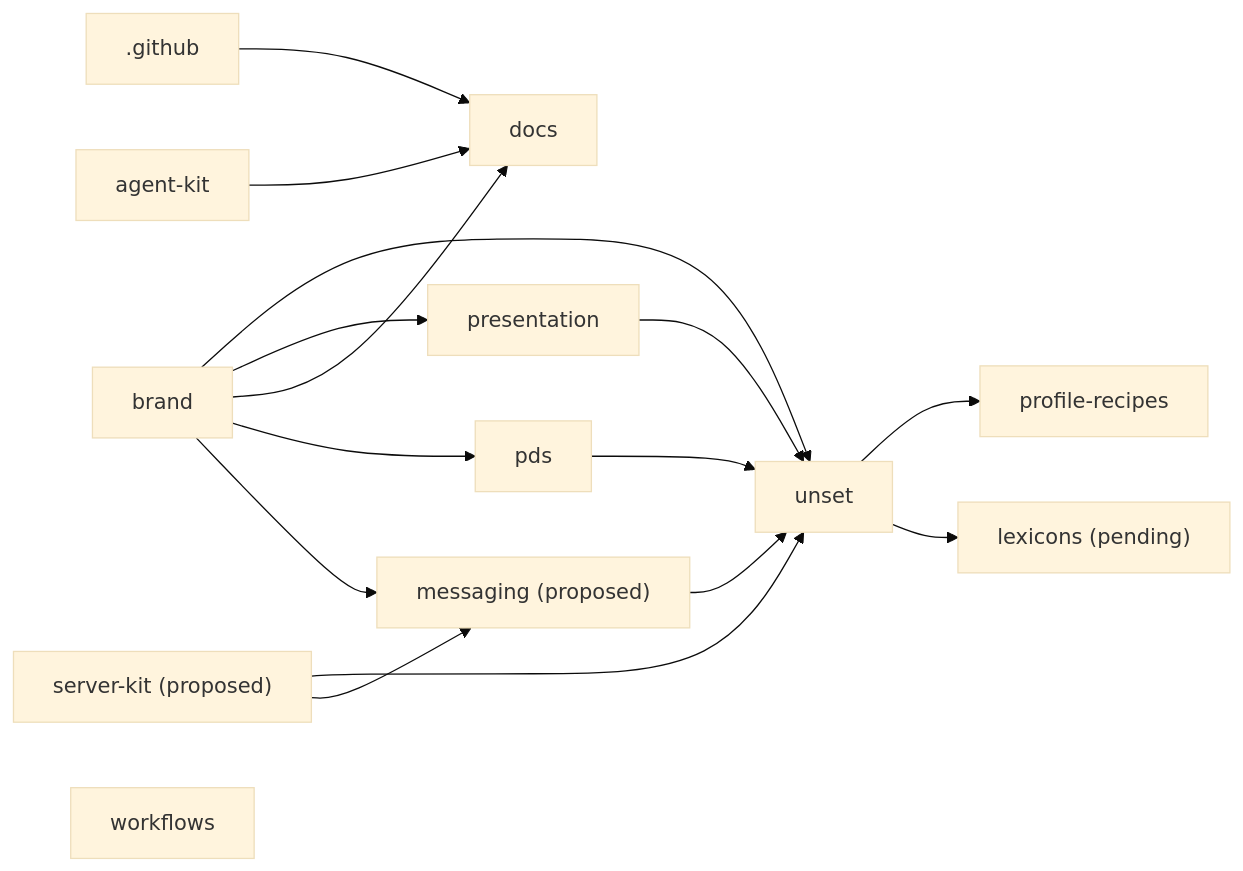
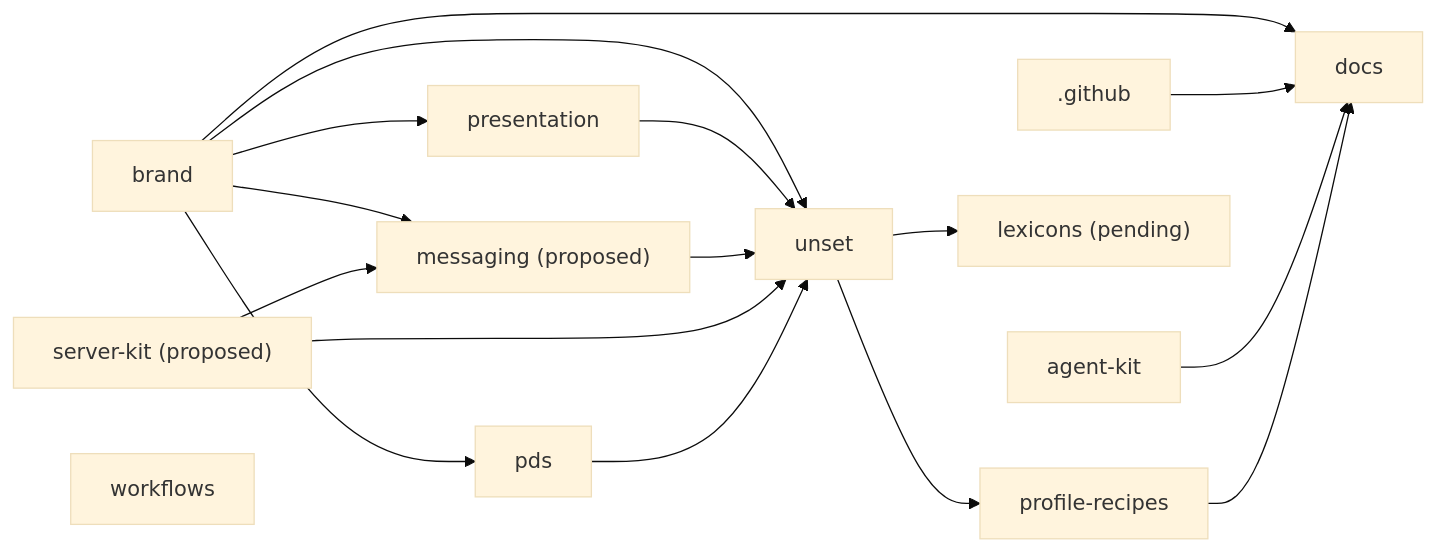
Before and after one commit to unset-sh/.github: the diagram in MAP.md, drawn with Mermaid (base theme). The commit also changed other lines of this file and 2 other files, not shown here.

````diff
--- a/MAP.md
+++ b/MAP.md
@@ -32,29 +32,30 @@
 ```mermaid
 flowchart LR
   r_unset["unset"]
   r__github[".github"]
   r_brand["brand"]
   r_presentation["presentation"]
   r_profile_recipes["profile-recipes"]
   r_docs["docs"]
   r_pds["pds"]
   r_lexicons["lexicons (pending)"]
   r_messaging["messaging (proposed)"]
   r_server_kit["server-kit (proposed)"]
   r_agent_kit["agent-kit"]
   r_workflows["workflows"]
   r_brand --> r_unset
   r_presentation --> r_unset
   r_messaging --> r_unset
   r_server_kit --> r_unset
   r_pds --> r_unset
   r_brand --> r_presentation
   r_unset --> r_profile_recipes
   r_brand --> r_docs
   r__github --> r_docs
   r_agent_kit --> r_docs
+  r_profile_recipes --> r_docs
   r_brand --> r_pds
   r_unset --> r_lexicons
   r_brand --> r_messaging
   r_server_kit --> r_messaging
 ```
````
